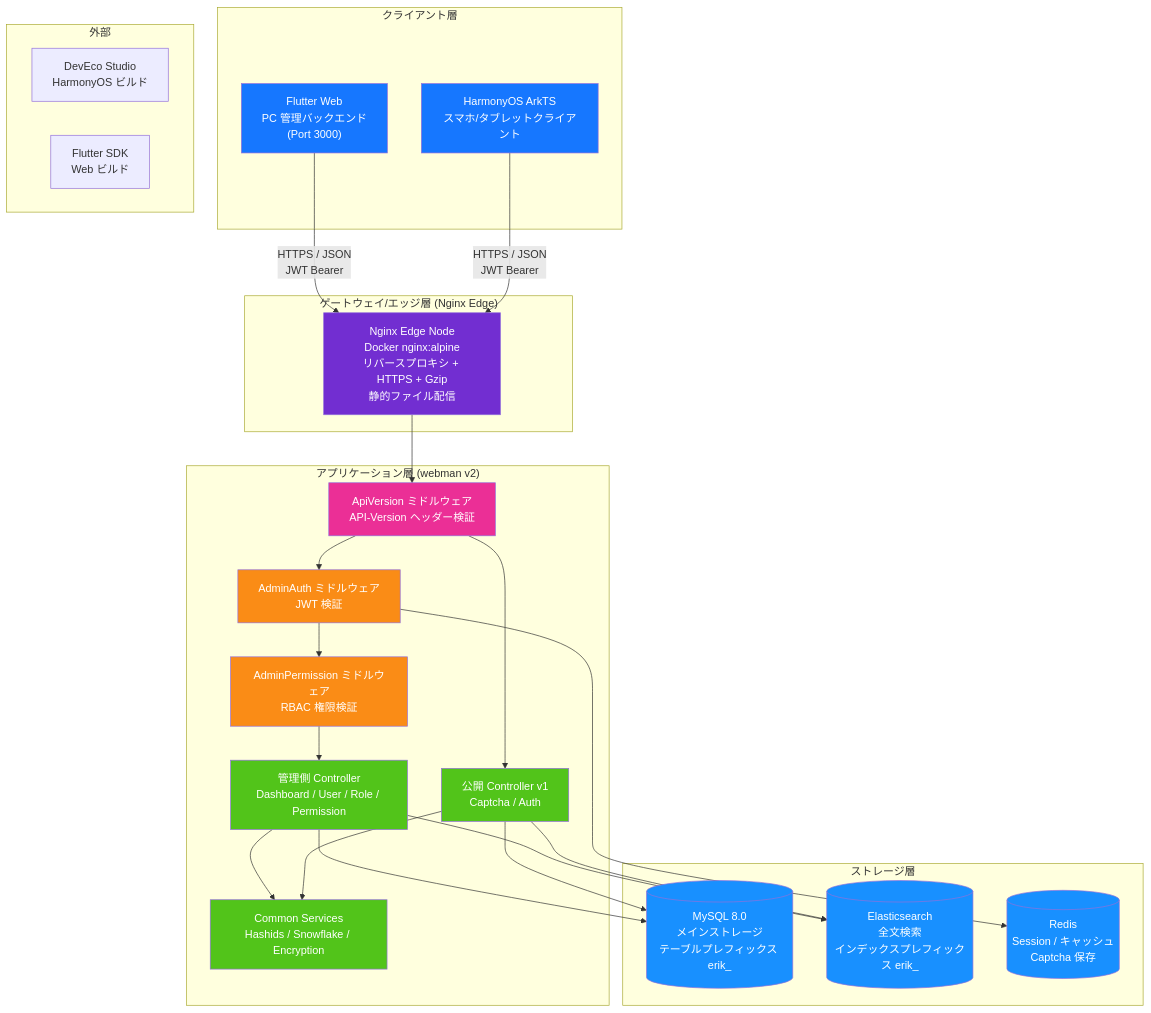
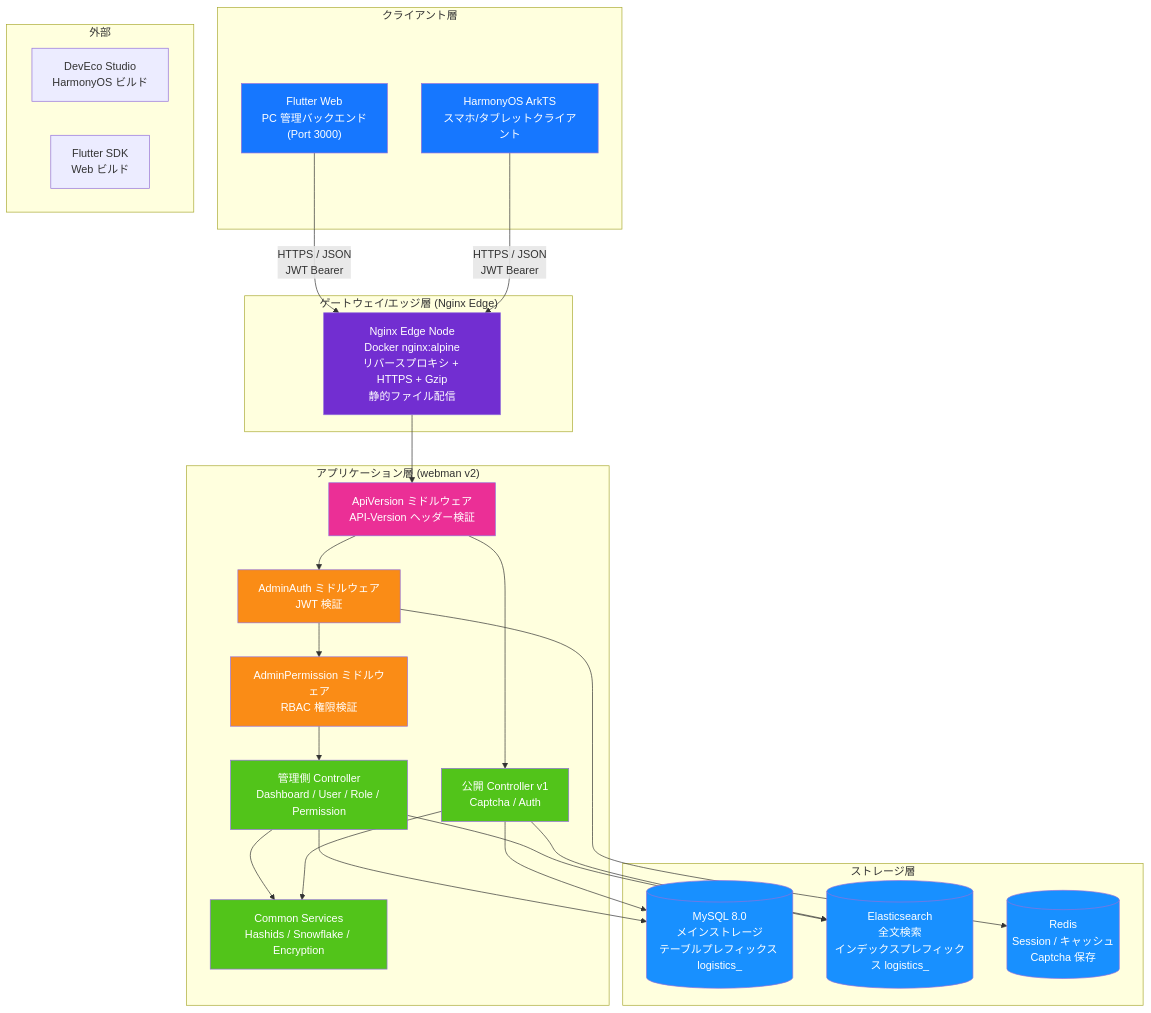
Before and after one commit to erikwang2013/integrated-global-logistics: the first of 14 diagrams in admin/docs/ARCHITECTURE.ja.md, drawn with Mermaid. The commit also changed other lines of this file and 211 other files, not shown here.

````diff
--- a/admin/docs/ARCHITECTURE.ja.md
+++ b/admin/docs/ARCHITECTURE.ja.md
@@ -13,59 +13,59 @@
 ```mermaid
 flowchart TB
     subgraph "クライアント層"
         A1["Flutter Web<br/>PC 管理バックエンド<br/>(Port 3000)"]
         A2["HarmonyOS ArkTS<br/>スマホ/タブレットクライアント"]
     end
 
     subgraph "ゲートウェイ/エッジ層 (Nginx Edge)"
         B1["Nginx Edge Node<br/>Docker nginx:alpine<br/>リバースプロキシ + HTTPS + Gzip<br/>静的ファイル配信"]
     end
 
     subgraph "アプリケーション層 (webman v2)"
         C0["ApiVersion ミドルウェア<br/>API-Version ヘッダー検証"]
         C1["AdminAuth ミドルウェア<br/>JWT 検証"]
         C2["AdminPermission ミドルウェア<br/>RBAC 権限検証"]
         C3["管理側 Controller<br/>Dashboard / User / Role / Permission"]
         C4["公開 Controller v1<br/>Captcha / Auth"]
         C5["Common Services<br/>Hashids / Snowflake / Encryption"]
     end
 
     subgraph "ストレージ層"
-        D1[("MySQL 8.0<br/>メインストレージ<br/>テーブルプレフィックス erik_")]
-        D2[("Elasticsearch<br/>全文検索<br/>インデックスプレフィックス erik_")]
+        D1[("MySQL 8.0<br/>メインストレージ<br/>テーブルプレフィックス logistics_")]
+        D2[("Elasticsearch<br/>全文検索<br/>インデックスプレフィックス logistics_")]
         D3[("Redis<br/>Session / キャッシュ<br/>Captcha 保存")]
     end
 
     subgraph "外部"
         E1["DevEco Studio<br/>HarmonyOS ビルド"]
         E2["Flutter SDK<br/>Web ビルド"]
     end
 
     A1 -->|"HTTPS / JSON<br/>JWT Bearer"| B1
     A2 -->|"HTTPS / JSON<br/>JWT Bearer"| B1
     B1 --> C0
     C0 --> C1
     C1 --> C2
     C2 --> C3
     C0 --> C4
     C3 --> C5
     C4 --> C5
     C3 --> D1
     C4 --> D1
     C3 --> D2
     C4 --> D2
     C1 --> D3
 
     style A1 fill:#1677FF,color:#fff
     style A2 fill:#1677FF,color:#fff
     style B1 fill:#722ED1,color:#fff
     style C0 fill:#EB2F96,color:#fff
     style C1 fill:#FA8C16,color:#fff
     style C2 fill:#FA8C16,color:#fff
     style C3 fill:#52C41A,color:#fff
     style C4 fill:#52C41A,color:#fff
     style C5 fill:#52C41A,color:#fff
     style D1 fill:#1890FF,color:#fff
     style D2 fill:#1890FF,color:#fff
     style D3 fill:#1890FF,color:#fff
 ```
````
